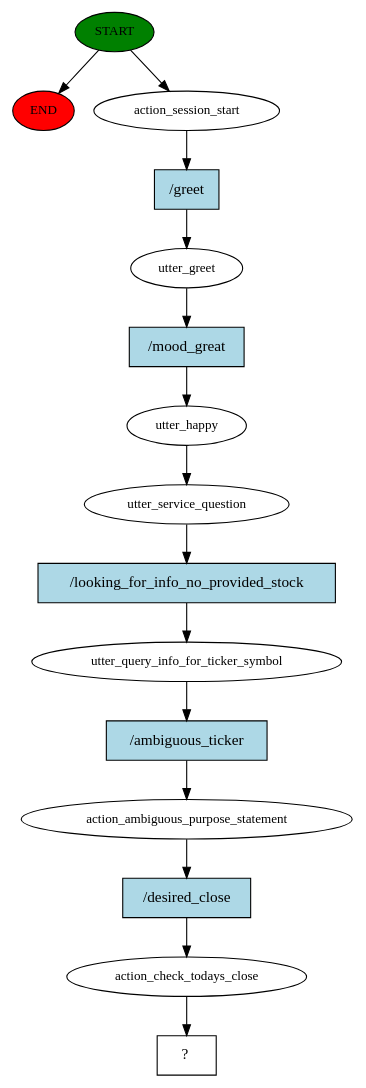
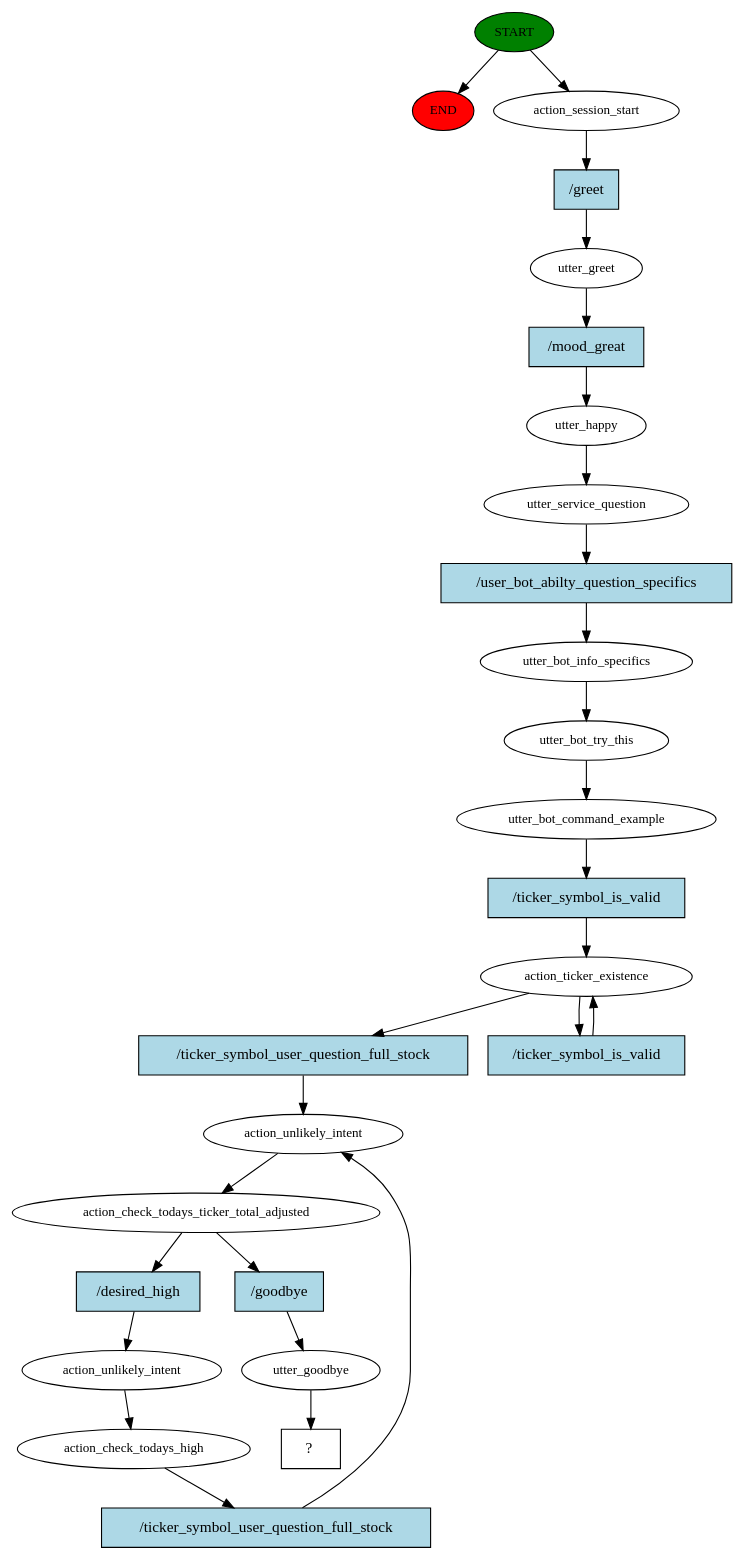
Before and after one commit to pauljmello/ChatBot: the diagram in story_graph.dot, drawn with Graphviz. The commit also changed 399 other files, not shown here.

```diff
--- a/story_graph.dot
+++ b/story_graph.dot
@@ -1,31 +1,53 @@
 digraph  {
 0 [class="start active", fillcolor=green, fontsize=12, label=START, style=filled];
 "-1" [class=end, fillcolor=red, fontsize=12, label=END, style=filled];
 1 [class=active, fontsize=12, label=action_session_start];
 2 [class=active, fontsize=12, label=utter_greet];
 3 [class=active, fontsize=12, label=utter_happy];
 4 [class=active, fontsize=12, label=utter_service_question];
-5 [class=active, fontsize=12, label=utter_query_info_for_ticker_symbol];
-6 [class=active, fontsize=12, label=action_ambiguous_purpose_statement];
-7 [class=active, fontsize=12, label=action_check_todays_close];
-8 [class="intent dashed active", label="  ?  ", shape=rect];
-9 [class="intent active", fillcolor=lightblue, label="/greet", shape=rect, style=filled];
-10 [class="intent active", fillcolor=lightblue, label="/mood_great", shape=rect, style=filled];
-11 [class="intent active", fillcolor=lightblue, label="/looking_for_info_no_provided_stock", shape=rect, style=filled];
-12 [class="intent active", fillcolor=lightblue, label="/ambiguous_ticker", shape=rect, style=filled];
-13 [class="intent active", fillcolor=lightblue, label="/desired_close", shape=rect, style=filled];
+5 [class=active, fontsize=12, label=utter_bot_info_specifics];
+6 [class=active, fontsize=12, label=utter_bot_try_this];
+7 [class=active, fontsize=12, label=utter_bot_command_example];
+8 [class=active, fontsize=12, label=action_ticker_existence];
+10 [class=active, fontsize=12, label=action_unlikely_intent];
+11 [class=active, fontsize=12, label=action_check_todays_ticker_total_adjusted];
+12 [class=active, fontsize=12, label=action_unlikely_intent];
+13 [class=active, fontsize=12, label=action_check_todays_high];
+16 [class=active, fontsize=12, label=utter_goodbye];
+17 [class="intent dashed active", label="  ?  ", shape=rect];
+18 [class="intent active", fillcolor=lightblue, label="/greet", shape=rect, style=filled];
+19 [class="intent active", fillcolor=lightblue, label="/mood_great", shape=rect, style=filled];
+20 [class="intent active", fillcolor=lightblue, label="/user_bot_abilty_question_specifics", shape=rect, style=filled];
+21 [class="intent active", fillcolor=lightblue, label="/ticker_symbol_is_valid", shape=rect, style=filled];
+22 [class="intent active", fillcolor=lightblue, label="/ticker_symbol_user_question_full_stock", shape=rect, style=filled];
+23 [class="intent active", fillcolor=lightblue, label="/ticker_symbol_is_valid", shape=rect, style=filled];
+24 [class="intent active", fillcolor=lightblue, label="/desired_high", shape=rect, style=filled];
+25 [class="intent active", fillcolor=lightblue, label="/goodbye", shape=rect, style=filled];
+26 [class="intent active", fillcolor=lightblue, label="/ticker_symbol_user_question_full_stock", shape=rect, style=filled];
 0 -> "-1"  [class="", key=NONE, label=""];
 0 -> 1  [class=active, key=NONE, label=""];
-1 -> 9  [class=active, key=0];
-2 -> 10  [class=active, key=0];
+1 -> 18  [class=active, key=0];
+2 -> 19  [class=active, key=0];
 3 -> 4  [class=active, key=NONE, label=""];
-4 -> 11  [class=active, key=0];
-5 -> 12  [class=active, key=0];
-6 -> 13  [class=active, key=0];
-7 -> 8  [class=active, key=NONE, label=""];
-9 -> 2  [class=active, key=0];
-10 -> 3  [class=active, key=0];
-11 -> 5  [class=active, key=0];
-12 -> 6  [class=active, key=0];
-13 -> 7  [class=active, key=0];
+4 -> 20  [class=active, key=0];
+5 -> 6  [class=active, key=NONE, label=""];
+6 -> 7  [class=active, key=NONE, label=""];
+7 -> 21  [class=active, key=0];
+8 -> 22  [class=active, key=0];
+8 -> 23  [class=active, key=0];
+10 -> 11  [class=active, key=NONE, label=""];
+11 -> 24  [class=active, key=0];
+11 -> 25  [class=active, key=0];
+12 -> 13  [class=active, key=NONE, label=""];
+13 -> 26  [class=active, key=0];
+16 -> 17  [class=active, key=NONE, label=""];
+18 -> 2  [class=active, key=0];
+19 -> 3  [class=active, key=0];
+20 -> 5  [class=active, key=0];
+21 -> 8  [class=active, key=0];
+22 -> 10  [class=active, key=0];
+23 -> 8  [class=active, key=0];
+24 -> 12  [class=active, key=0];
+25 -> 16  [class=active, key=0];
+26 -> 10  [class=active, key=0];
 }
```
